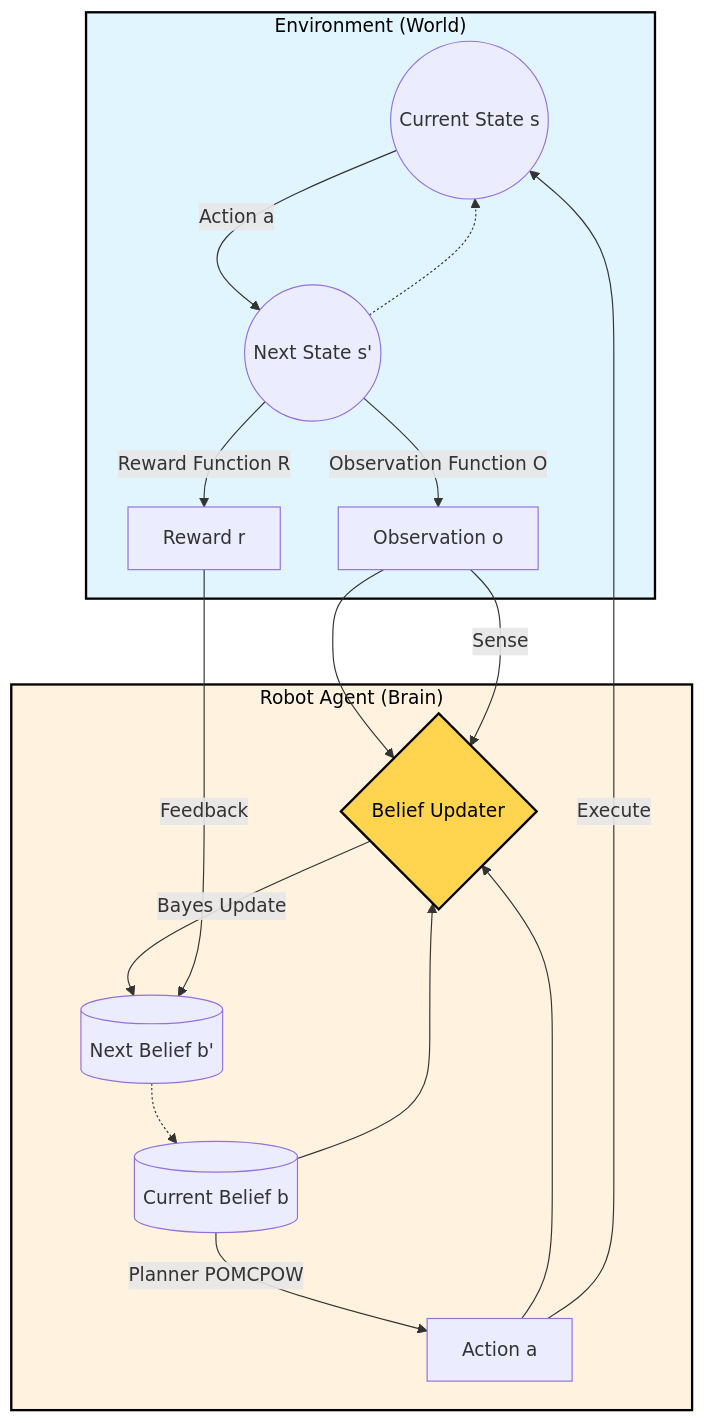
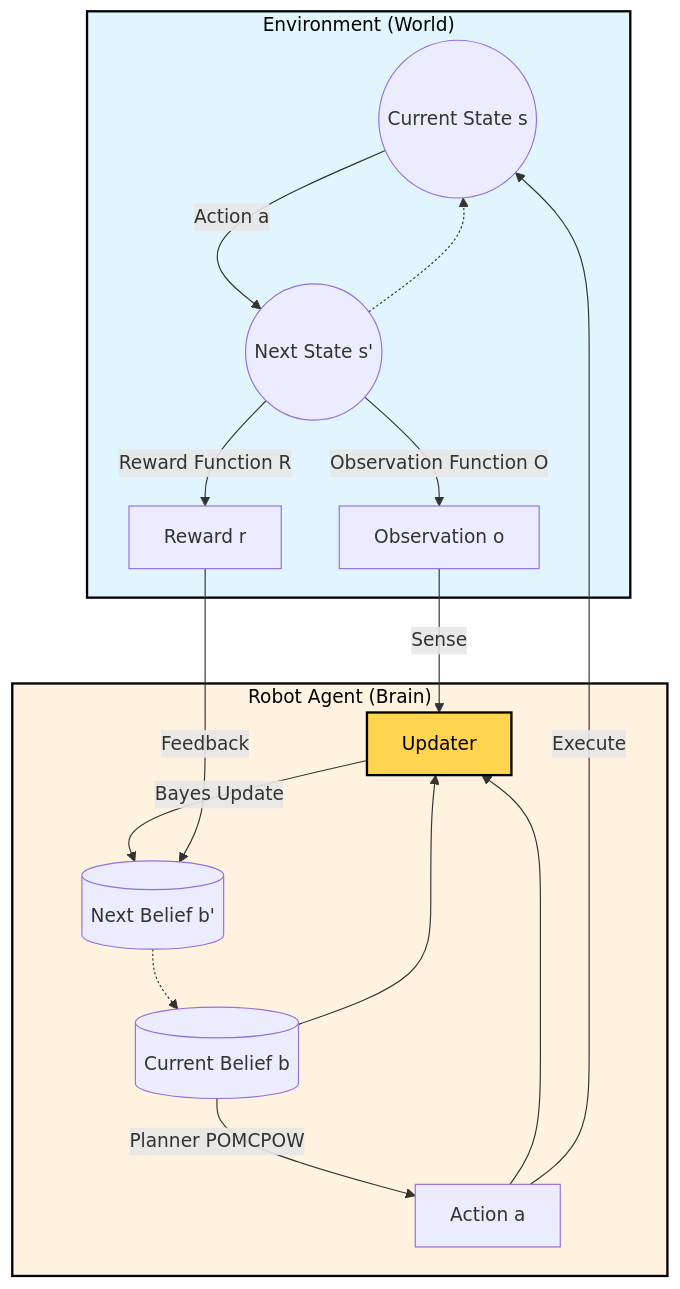
One commit to hoashalarajh/Partially-Observable-Markov-Decision-Process-based-Robot-Decision-Making changed the second of 2 diagrams in README.md. Above: the diagram before and after it, drawn with Mermaid.

Commit message:
Remove redundant edge from Agent subgraph

````diff
--- a/README.md
+++ b/README.md
@@ -89,31 +89,30 @@
 ```mermaid
 graph TD
     subgraph Environment ["Environment (World)"]
         s_curr((Current State s)) -->|Action a| s_next((Next State s'))
         s_next -->|Observation Function O| o[Observation o]
         s_next -->|Reward Function R| r[Reward r]
     end
 
     subgraph Agent ["Robot Agent (Brain)"]
         b_curr[(Current Belief b)] -->|Planner POMCPOW| a[Action a]
-        o --> Updater{Belief Updater}
         a --> Updater
         b_curr --> Updater
         Updater -->|Bayes Update| b_next[(Next Belief b')]
     end
 
     %% Connections between Agent and Environment
     a -->|Execute| s_curr
     o -->|Sense| Updater
     r -->|Feedback| b_next
 
     %% The Loop Connection
     b_next -.-> b_curr
     s_next -.-> s_curr
 
     %% Styling
     %% I added 'color:black' (text) and 'stroke:black' (border) to Environment
     style Environment fill:#e1f5fe,stroke:black,stroke-width:2px,color:black
     style Agent fill:#fff3e0,stroke:black,stroke-width:2px,color:black
     style Updater fill:#ffd54f,stroke:black,stroke-width:2px,color:black
 ```
````
